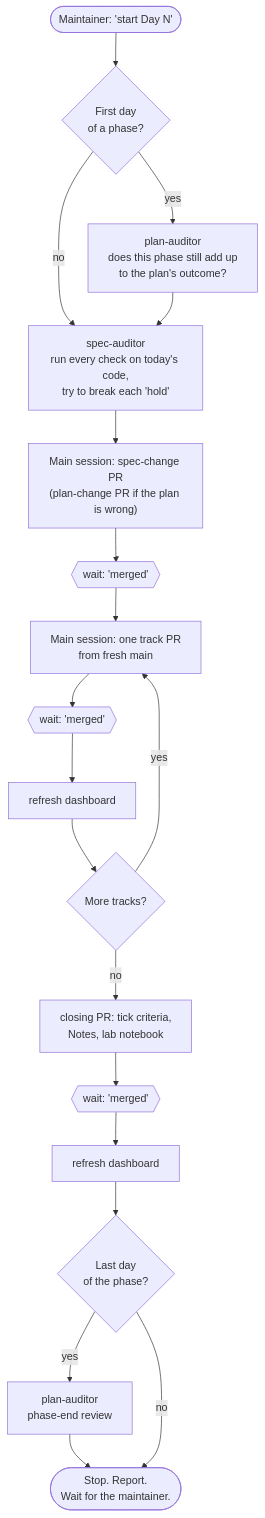
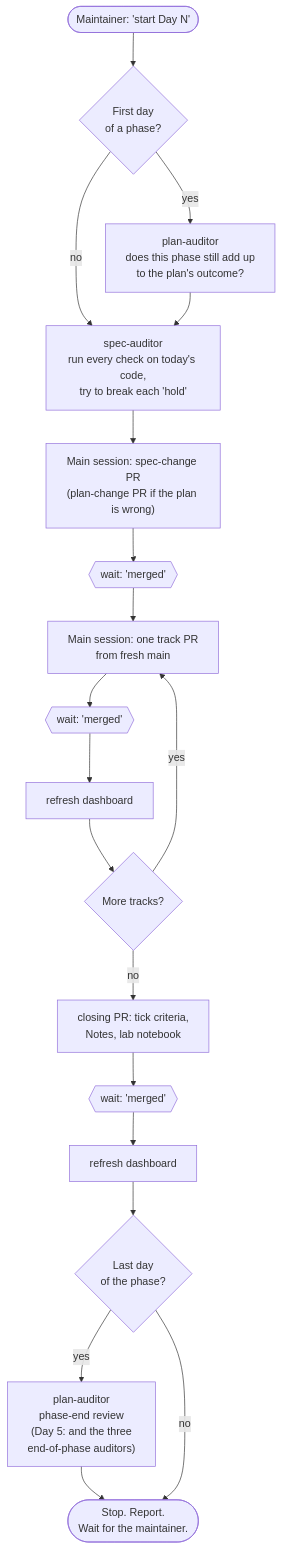
One commit to Yusuprozimemet/wordtally changed the third of 3 diagrams in docs/workflow.md. Above: the diagram before and after it, drawn with Mermaid. The commit also changed other lines of this file and 6 other files, not shown here.

First line of the commit message:
Run the end-of-phase auditors after the last closing PR merges

````diff
--- a/docs/workflow.md
+++ b/docs/workflow.md
@@ -55,20 +55,20 @@
 ```mermaid
 flowchart TD
     Start(["Maintainer: 'start Day N'"]) --> Phase{"First day<br/>of a phase?"}
     Phase -- yes --> PA1["plan-auditor<br/>does this phase still add up<br/>to the plan's outcome?"]
     Phase -- no --> SA
     PA1 --> SA["spec-auditor<br/>run every check on today's code,<br/>try to break each 'hold'"]
     SA --> Fix["Main session: spec-change PR<br/>(plan-change PR if the plan is wrong)"]
     Fix --> W1{{"wait: 'merged'"}}
     W1 --> Track["Main session: one track PR<br/>from fresh main"]
     Track --> W2{{"wait: 'merged'"}}
     W2 --> Dash["refresh dashboard"]
     Dash --> More{"More tracks?"}
     More -- yes --> Track
     More -- no --> Close["closing PR: tick criteria,<br/>Notes, lab notebook"]
     Close --> W3{{"wait: 'merged'"}}
     W3 --> Dash2["refresh dashboard"]
     Dash2 --> Last{"Last day<br/>of the phase?"}
-    Last -- yes --> PA2["plan-auditor<br/>phase-end review"] --> Stop(["Stop. Report.<br/>Wait for the maintainer."])
+    Last -- yes --> PA2["plan-auditor<br/>phase-end review<br/>(Day 5: and the three<br/>end-of-phase auditors)"] --> Stop(["Stop. Report.<br/>Wait for the maintainer."])
     Last -- no --> Stop
 ```
````
